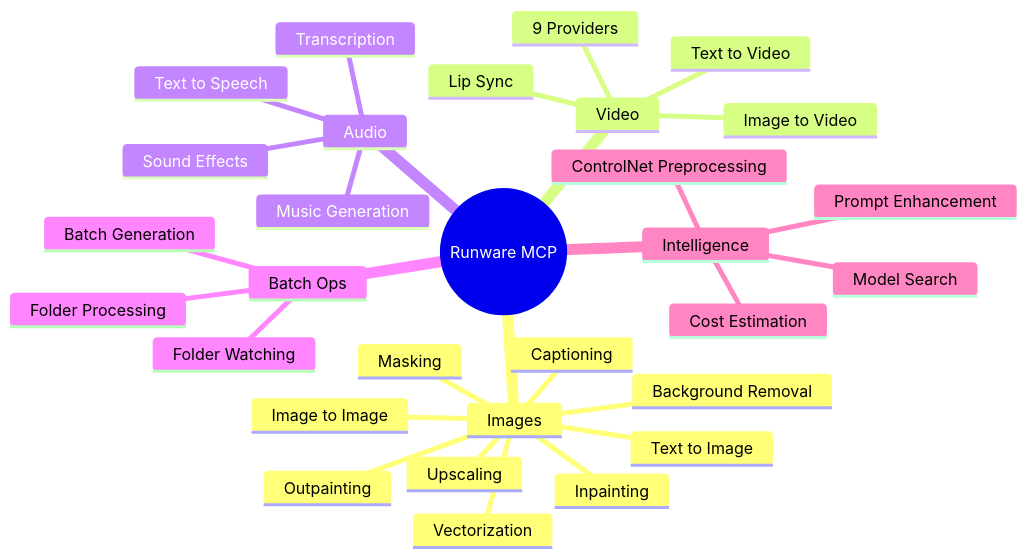
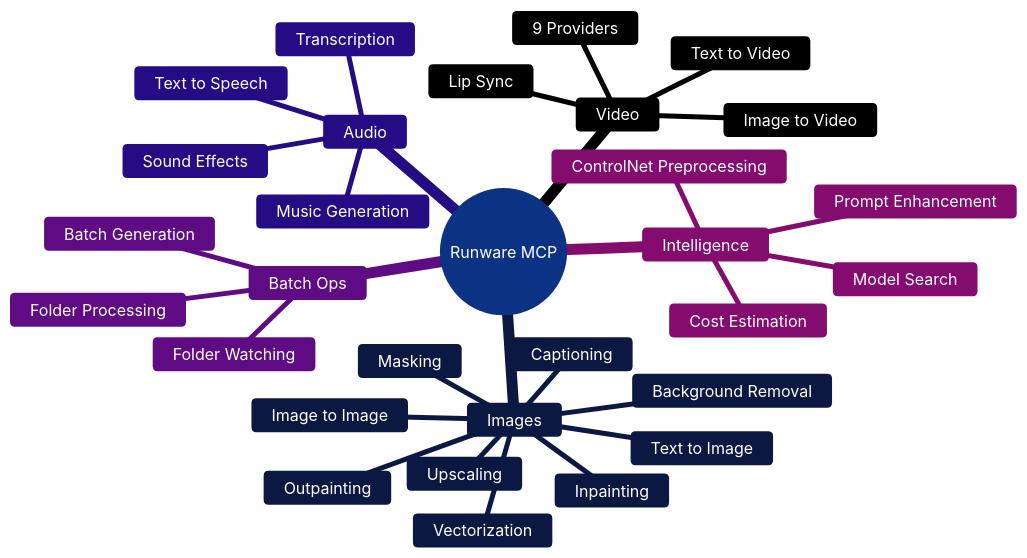
The second of 3 diagrams in README.md (ul0gic/runware-mcp), drawn with Mermaid before and after one commit. The commit also changed other lines of this file, not shown here.

Commit message:
chart correction

````diff
--- a/README.md
+++ b/README.md
@@ -87,33 +105,34 @@
 ```mermaid
+%%{init: {'theme': 'base', 'themeVariables': { 'primaryColor': '#2563eb', 'primaryTextColor': '#fff', 'primaryBorderColor': '#3b82f6', 'lineColor': '#60a5fa', 'secondaryColor': '#1e40af', 'tertiaryColor': '#1e3a5f'}}}%%
 mindmap
   root((Runware MCP))
     Images
       Text to Image
       Image to Image
       Inpainting
       Outpainting
       Upscaling
       Background Removal
       Captioning
       Masking
       Vectorization
     Video
       Text to Video
       Image to Video
       Lip Sync
       9 Providers
     Audio
       Music Generation
       Sound Effects
       Text to Speech
       Transcription
     Batch Ops
       Folder Processing
       Batch Generation
       Folder Watching
     Intelligence
       Prompt Enhancement
       ControlNet Preprocessing
       Model Search
       Cost Estimation
 ```
````
